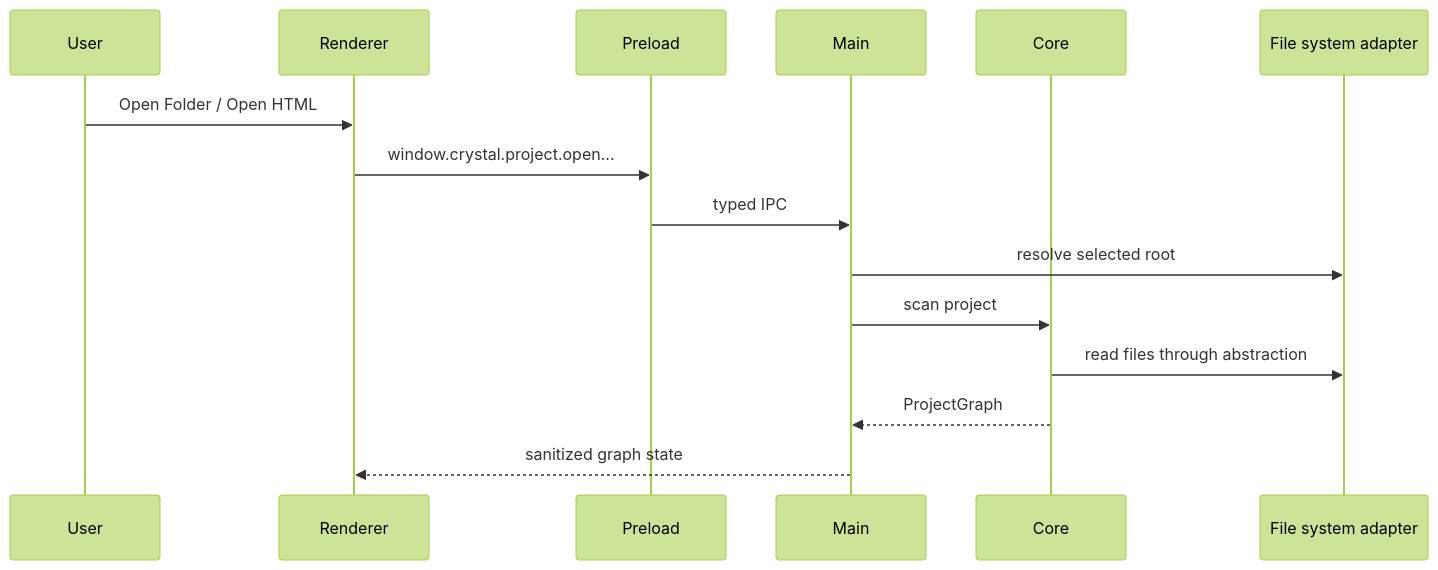
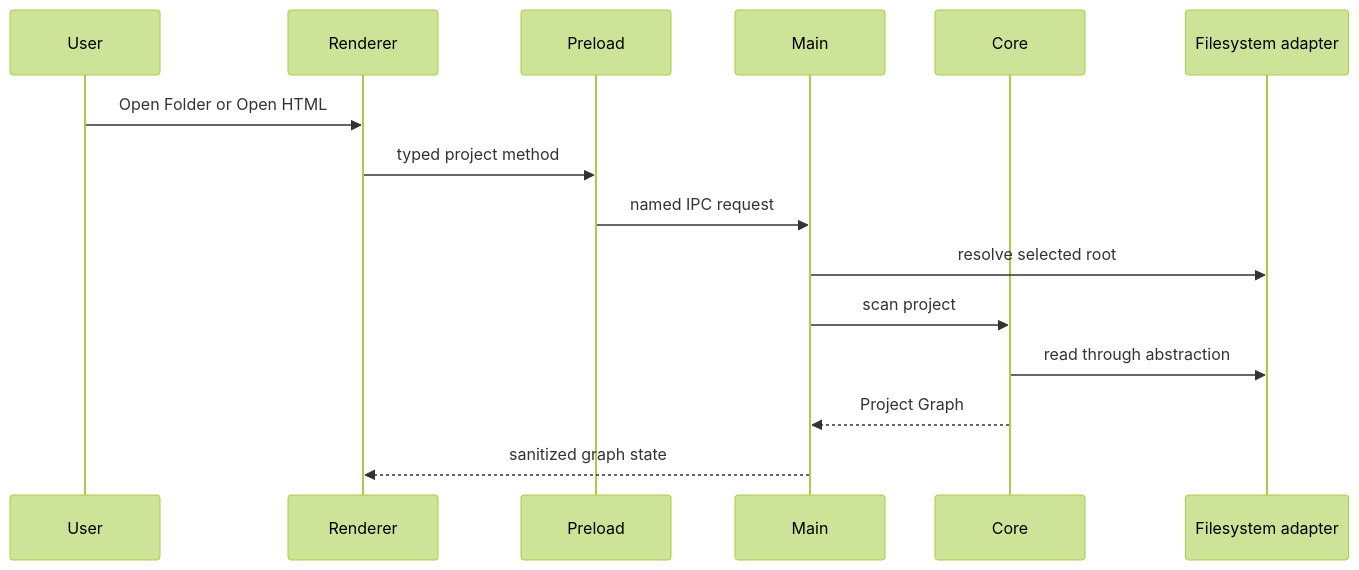
One commit to krestosa/Crystal changed the diagram in docs/architecture/flows/project-open-flow.md. Above: the diagram before and after it, drawn with Mermaid (forest theme). The commit also changed other lines of this file and 60 other files, not shown here.

````diff
--- a/docs/architecture/flows/project-open-flow.md
+++ b/docs/architecture/flows/project-open-flow.md
@@ -67,18 +13,17 @@
 ```mermaid
 sequenceDiagram
   participant User
   participant Renderer
   participant Preload
   participant Main
   participant Core
-  participant FS as File system adapter
-
-  User->>Renderer: Open Folder / Open HTML
-  Renderer->>Preload: window.crystal.project.open...
-  Preload->>Main: typed IPC
+  participant FS as Filesystem adapter
+  User->>Renderer: Open Folder or Open HTML
+  Renderer->>Preload: typed project method
+  Preload->>Main: named IPC request
   Main->>FS: resolve selected root
   Main->>Core: scan project
-  Core->>FS: read files through abstraction
-  Core-->>Main: ProjectGraph
+  Core->>FS: read through abstraction
+  Core-->>Main: Project Graph
   Main-->>Renderer: sanitized graph state
 ```
````
